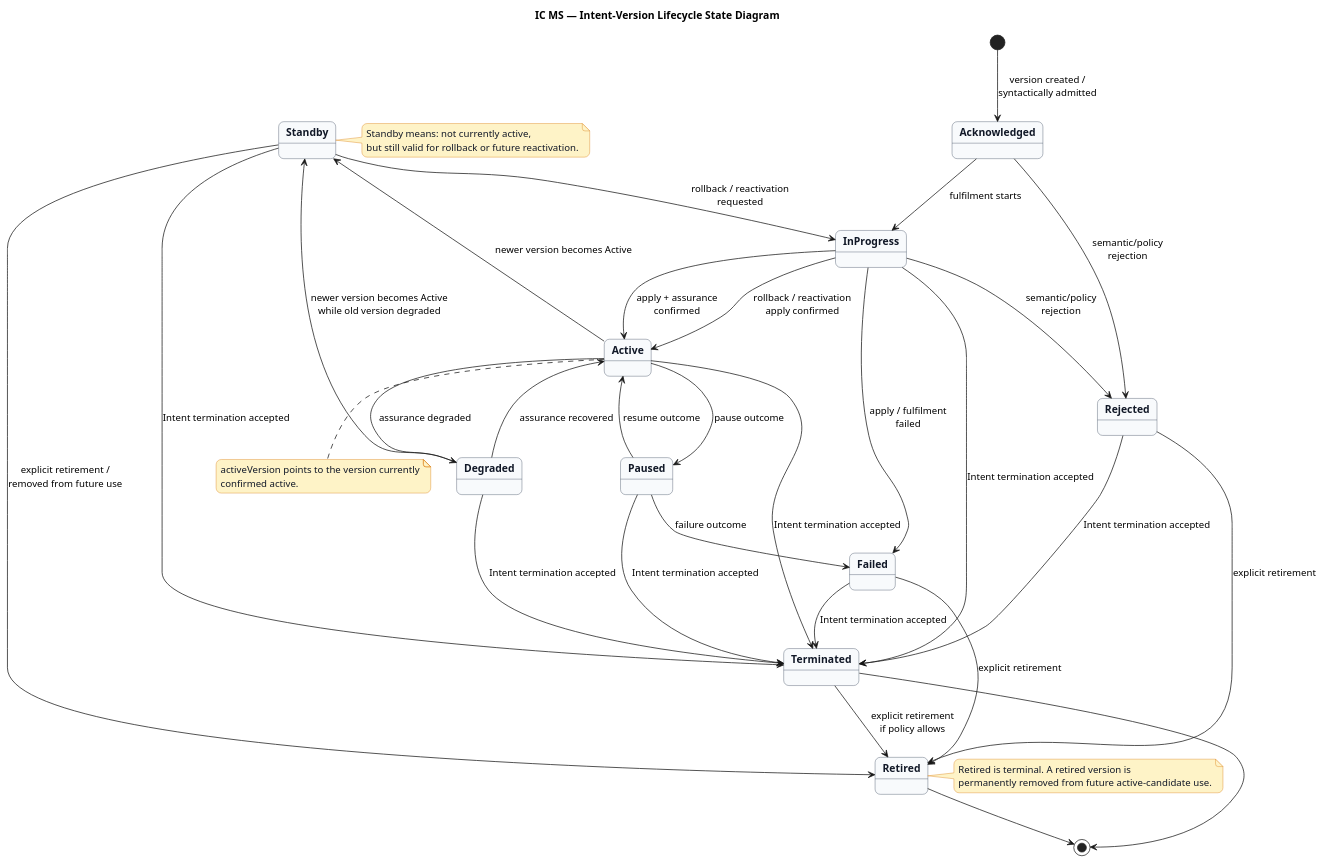
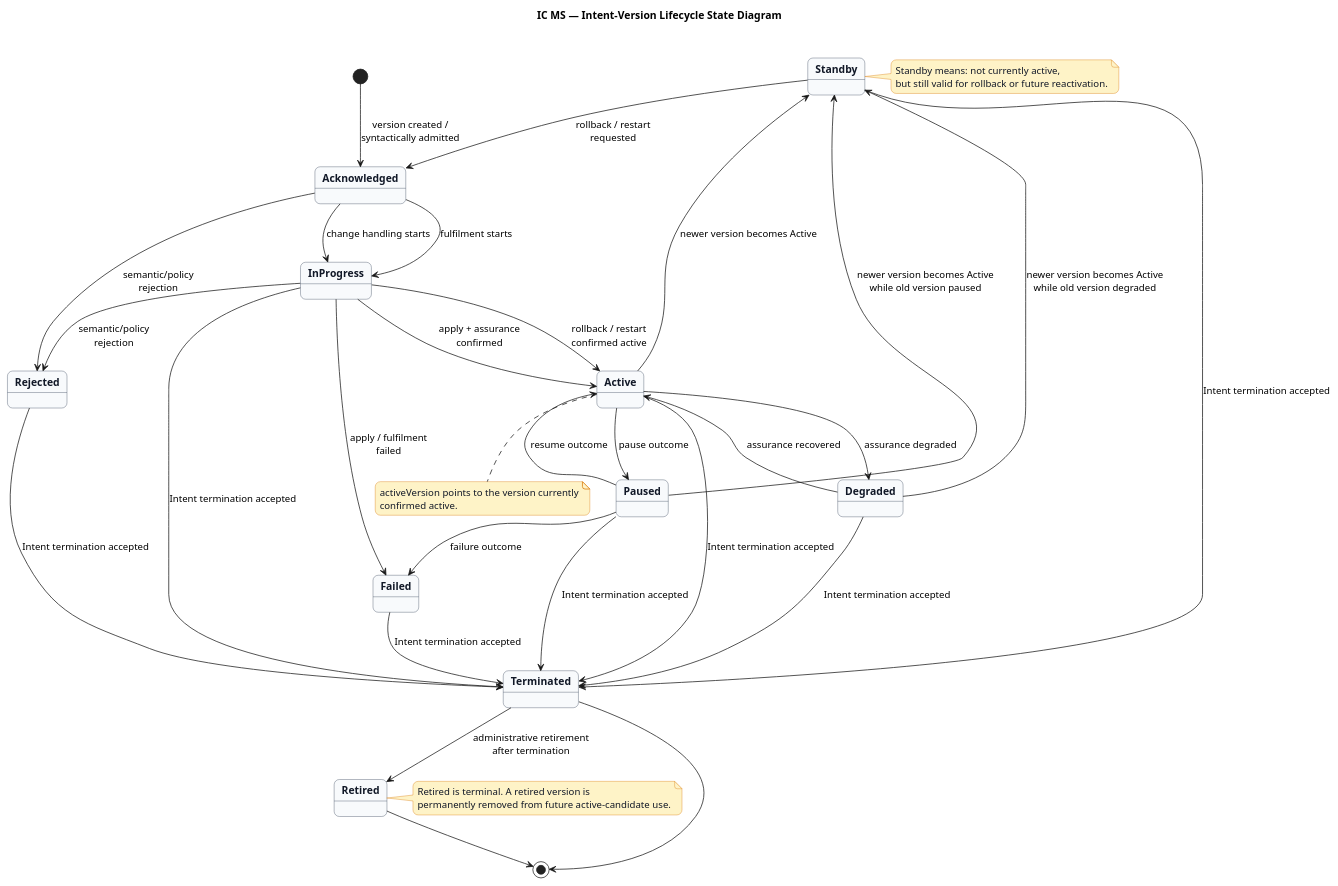
Before and after one commit to prageethw/im: the second of 2 diagrams in baseline/intent/ic-ms/ic_ms_design_brief.md, drawn with PlantUML. The commit also changed other lines of this file, not shown here.

````diff
--- a/baseline/intent/ic-ms/ic_ms_design_brief.md
+++ b/baseline/intent/ic-ms/ic_ms_design_brief.md
@@ -739,64 +740,63 @@
 ```plantuml
 @startuml
 title IC MS — Intent-Version Lifecycle State Diagram
 
 skinparam backgroundColor #FFFFFF
 skinparam shadowing false
 skinparam roundcorner 14
 skinparam state {
   BackgroundColor #F8FAFC
   BorderColor #334155
   FontColor #111827
   FontStyle bold
 }
 skinparam note {
   BackgroundColor #FEF3C7
   BorderColor #D97706
   FontColor #111827
 }
 
 [*] --> Acknowledged : version created /\nsyntactically admitted
 Acknowledged --> Rejected : semantic/policy\nrejection
 Acknowledged --> InProgress : fulfilment starts
 InProgress --> Active : apply + assurance\nconfirmed
 InProgress --> Failed : apply / fulfilment\nfailed
 InProgress --> Rejected : semantic/policy\nrejection
 Active --> Degraded : assurance degraded
 Degraded --> Active : assurance recovered
 Active --> Standby : newer version becomes Active
 Degraded --> Standby : newer version becomes Active\nwhile old version degraded
-Standby --> InProgress : rollback / reactivation\nrequested
-InProgress --> Active : rollback / reactivation\napply confirmed
-Standby --> Retired : explicit retirement /\nremoved from future use
-Failed --> Retired : explicit retirement
-Rejected --> Retired : explicit retirement
-Terminated --> Retired : explicit retirement\nif policy allows
+Paused --> Standby : newer version becomes Active\nwhile old version paused
+Standby --> Acknowledged : rollback / restart\nrequested
+Acknowledged --> InProgress : change handling starts
+InProgress --> Active : rollback / restart\nconfirmed active
+Terminated --> Retired : administrative retirement\nafter termination
 Active --> Terminated : Intent termination accepted
 Degraded --> Terminated : Intent termination accepted
 Standby --> Terminated : Intent termination accepted
 InProgress --> Terminated : Intent termination accepted
 Paused --> Terminated : Intent termination accepted
 Failed --> Terminated : Intent termination accepted
 Rejected --> Terminated : Intent termination accepted
 Active --> Paused : pause outcome
 Paused --> Active : resume outcome
 Paused --> Failed : failure outcome
 Retired --> [*]
 Terminated --> [*]
 
 note right of Standby
 Standby means: not currently active,
 but still valid for rollback or future reactivation.
 end note
 
 note right of Retired
 Retired is terminal. A retired version is
 permanently removed from future active-candidate use.
 end note
 
 note bottom of Active
 activeVersion points to the version currently
 confirmed active.
 end note
 @enduml
 ```
````
